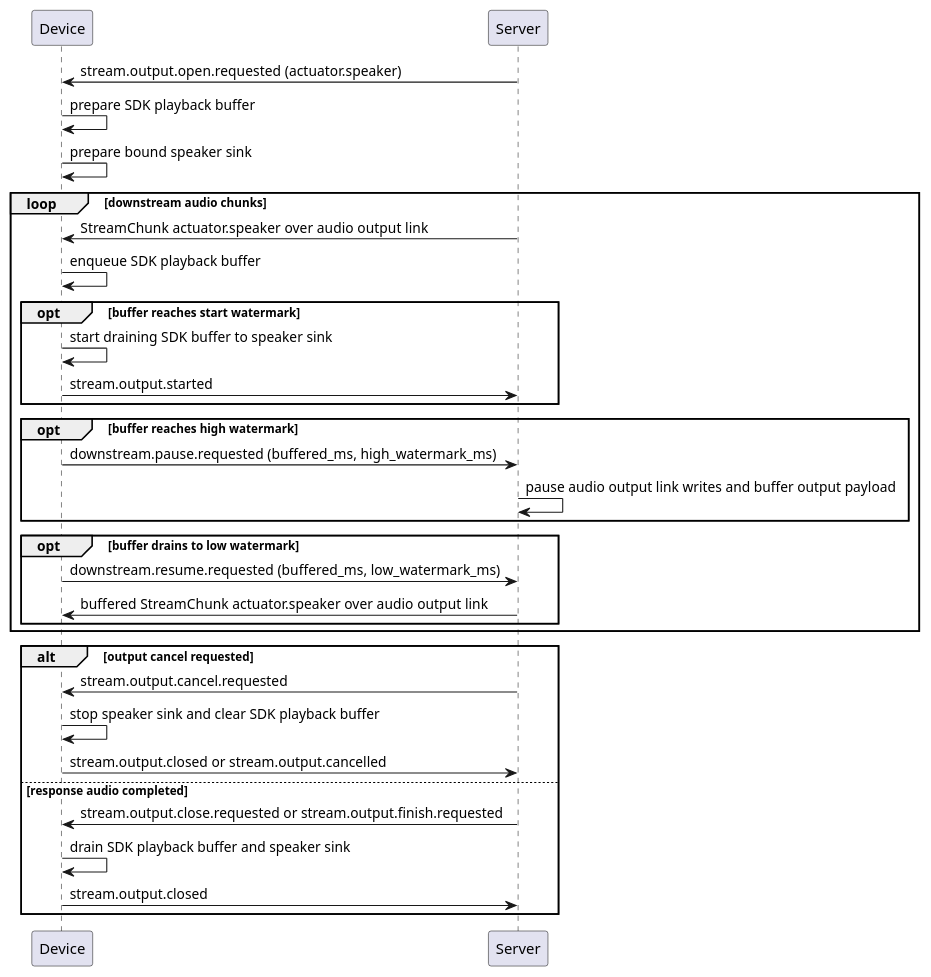
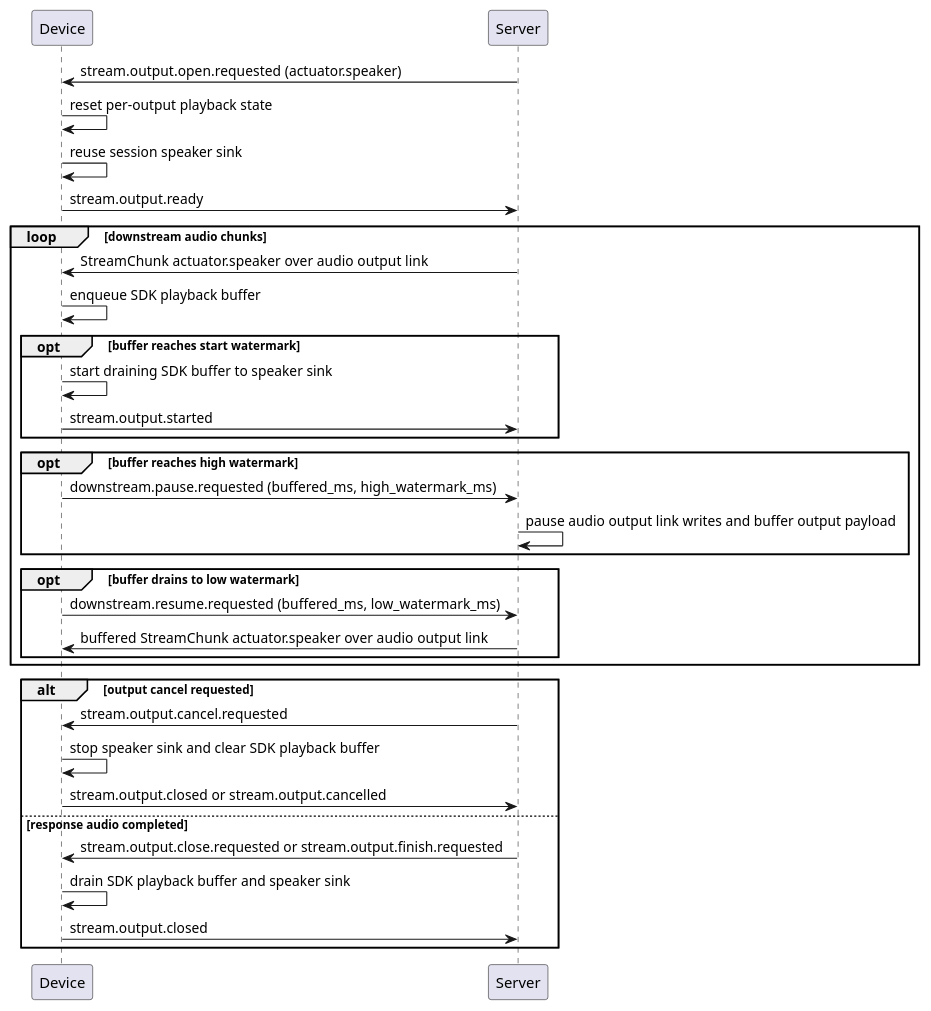
Before and after one commit to HengeLiu/RealtimeAgent: the third of 3 diagrams in docs/reference/device-event-behavior.md, drawn with PlantUML. The commit also changed other lines of this file and 24 other files, not shown here.

````diff
--- a/docs/reference/device-event-behavior.md
+++ b/docs/reference/device-event-behavior.md
@@ -198,35 +202,36 @@
 ```plantuml
 @startuml
 participant Device
 participant Server
 
 Server -> Device: stream.output.open.requested (actuator.speaker)
-Device -> Device: prepare SDK playback buffer
-Device -> Device: prepare bound speaker sink
+Device -> Device: reset per-output playback state
+Device -> Device: reuse session speaker sink
+Device -> Server: stream.output.ready
 loop downstream audio chunks
   Server -> Device: StreamChunk actuator.speaker over audio output link
   Device -> Device: enqueue SDK playback buffer
   opt buffer reaches start watermark
     Device -> Device: start draining SDK buffer to speaker sink
     Device -> Server: stream.output.started
   end
   opt buffer reaches high watermark
     Device -> Server: downstream.pause.requested (buffered_ms, high_watermark_ms)
     Server -> Server: pause audio output link writes and buffer output payload
   end
   opt buffer drains to low watermark
     Device -> Server: downstream.resume.requested (buffered_ms, low_watermark_ms)
     Server -> Device: buffered StreamChunk actuator.speaker over audio output link
   end
 end
 alt output cancel requested
   Server -> Device: stream.output.cancel.requested
   Device -> Device: stop speaker sink and clear SDK playback buffer
   Device -> Server: stream.output.closed or stream.output.cancelled
 else response audio completed
   Server -> Device: stream.output.close.requested or stream.output.finish.requested
   Device -> Device: drain SDK playback buffer and speaker sink
   Device -> Server: stream.output.closed
 end
 @enduml
 ```
````
